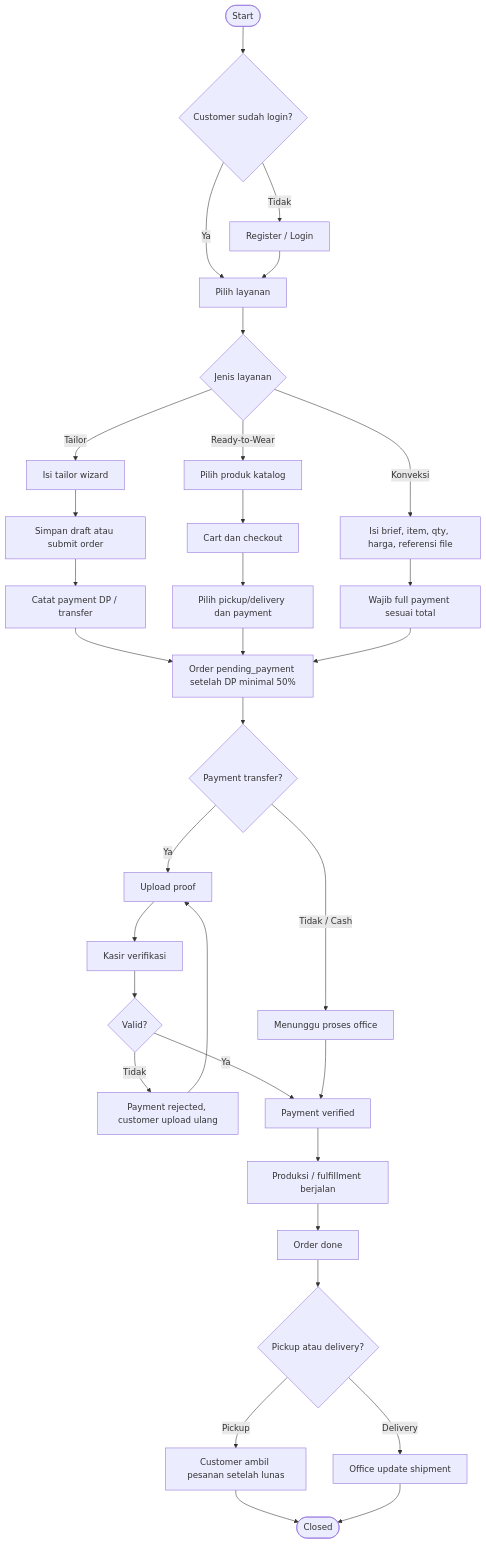
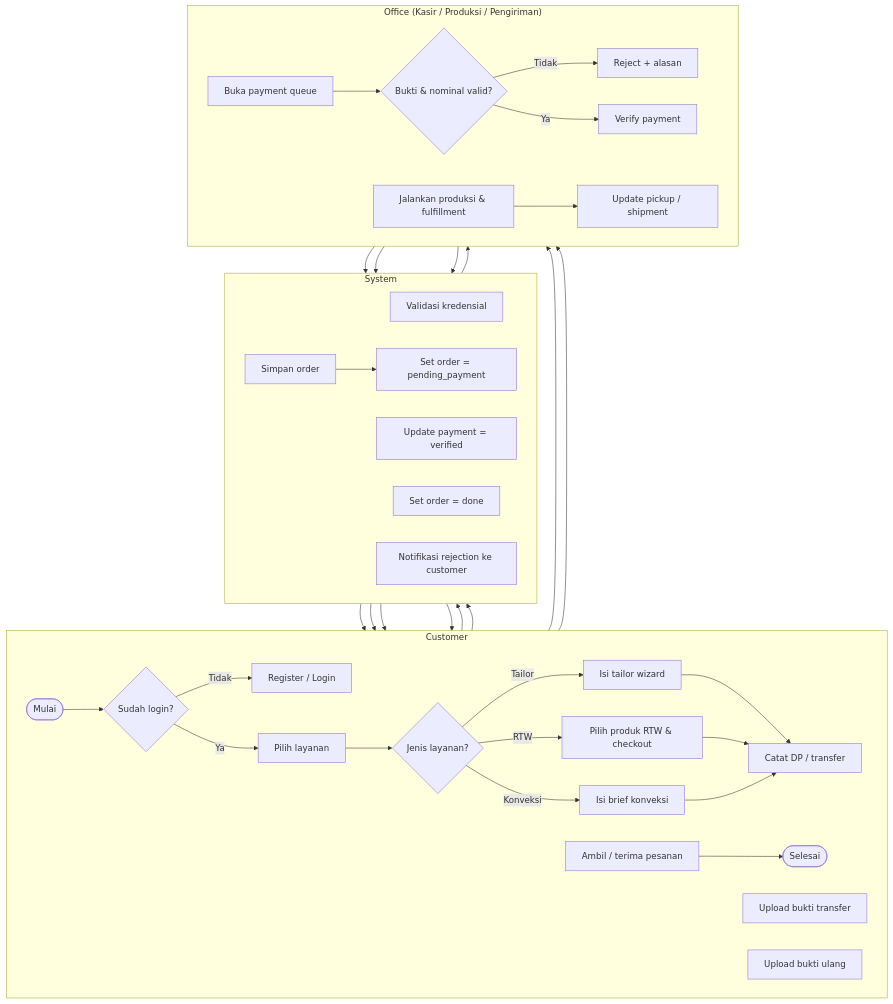
One commit to nabiilnuryassar/djaitin changed the ninth of 11 diagrams in docs/MVP-APP-UML-AND-USE-CASES.md. Above: the diagram before and after it, drawn with Mermaid. The commit also changed other lines of this file, not shown here.

First line of the commit message:
docs(uml): konversi activity diagram ke format swimlane Mermaid

````diff
--- a/docs/MVP-APP-UML-AND-USE-CASES.md
+++ b/docs/MVP-APP-UML-AND-USE-CASES.md
@@ -620,35 +624,51 @@
 ```mermaid
-flowchart TD
-    A([Start]) --> B{Customer sudah login?}
-    B -- Tidak --> C[Register / Login]
-    B -- Ya --> D[Pilih layanan]
-    C --> D
-    D --> E{Jenis layanan}
-    E -- Tailor --> F[Isi tailor wizard]
-    F --> G[Simpan draft atau submit order]
-    G --> H[Catat payment DP / transfer]
-    E -- Ready-to-Wear --> I[Pilih produk katalog]
-    I --> J[Cart dan checkout]
-    J --> K[Pilih pickup/delivery dan payment]
-    E -- Konveksi --> L[Isi brief, item, qty, harga, referensi file]
-    L --> M[Wajib full payment sesuai total]
-    H --> N[Order pending_payment setelah DP minimal 50%]
-    K --> N
-    M --> N
-    N --> O{Payment transfer?}
-    O -- Ya --> P[Upload proof]
-    O -- Tidak / Cash --> Q[Menunggu proses office]
-    P --> R[Kasir verifikasi]
-    R --> S{Valid?}
-    S -- Tidak --> T[Payment rejected, customer upload ulang]
-    T --> P
-    S -- Ya --> U[Payment verified]
-    Q --> U
-    U --> V[Produksi / fulfillment berjalan]
-    V --> W[Order done]
-    W --> X{Pickup atau delivery?}
-    X -- Pickup --> Y[Customer ambil pesanan setelah lunas]
-    X -- Delivery --> Z[Office update shipment]
-    Y --> AA([Closed])
-    Z --> AA
+flowchart TB
+    subgraph CUST["Customer"]
+        direction LR
+        cStart([Mulai])
+        cLogin{Sudah login?}
+        cReg[Register / Login]
+        cPilih[Pilih layanan]
+        cJenis{Jenis layanan?}
+        cTailor[Isi tailor wizard]
+        cRTW[Pilih produk RTW & checkout]
+        cKonv[Isi brief konveksi]
+        cBayar[Catat DP / transfer]
+        cUpload[Upload bukti transfer]
+        cReUpload[Upload bukti ulang]
+        cAmbil[Ambil / terima pesanan]
+        cEnd([Selesai])
+    end
+
+    subgraph SYS["System"]
+        direction LR
+        sAuth[Validasi kredensial]
+        sSimpan[Simpan order]
+        sStatus[Set order = pending_payment]
+        sVerified[Update payment = verified]
+        sDone[Set order = done]
+        sNotif[Notifikasi rejection ke customer]
+    end
+
+    subgraph OFF["Office (Kasir / Produksi / Pengiriman)"]
+        direction LR
+        oQueue[Buka payment queue]
+        oCek{Bukti & nominal valid?}
+        oReject[Reject + alasan]
+        oVerify[Verify payment]
+        oProd[Jalankan produksi & fulfillment]
+        oShip[Update pickup / shipment]
+    end
+
+    cStart --> cLogin
+    cLogin -- Tidak --> cReg --> sAuth --> cPilih
+    cLogin -- Ya --> cPilih
+    cPilih --> cJenis
+    cJenis -- Tailor --> cTailor --> cBayar
+    cJenis -- RTW --> cRTW --> cBayar
+    cJenis -- Konveksi --> cKonv --> cBayar
+    cBayar --> sSimpan --> sStatus --> cUpload
+    cUpload --> oQueue --> oCek
+    oCek -- Tidak --> oReject --> sNotif --> cReUpload --> oQueue
+    oCek -- Ya --> oVerify --> sVerified --> oProd --> oShip --> sDone --> cAmbil --> cEnd
 ```
````
